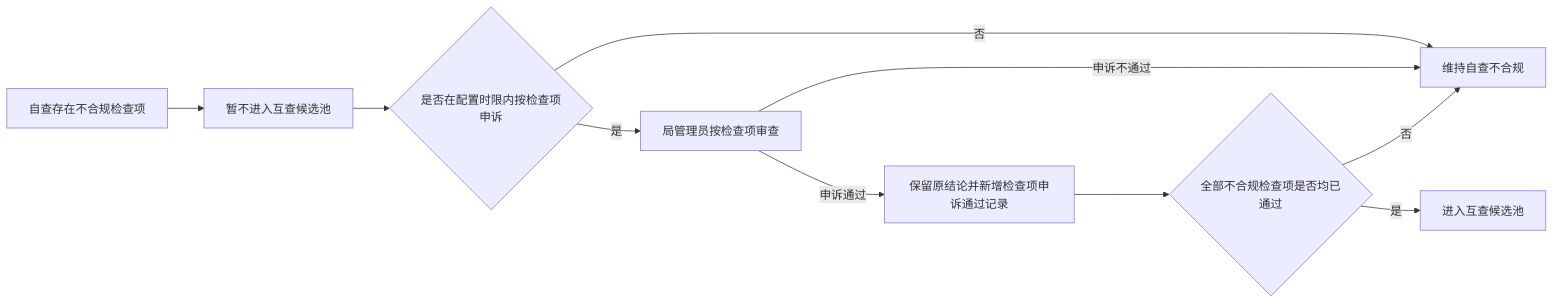
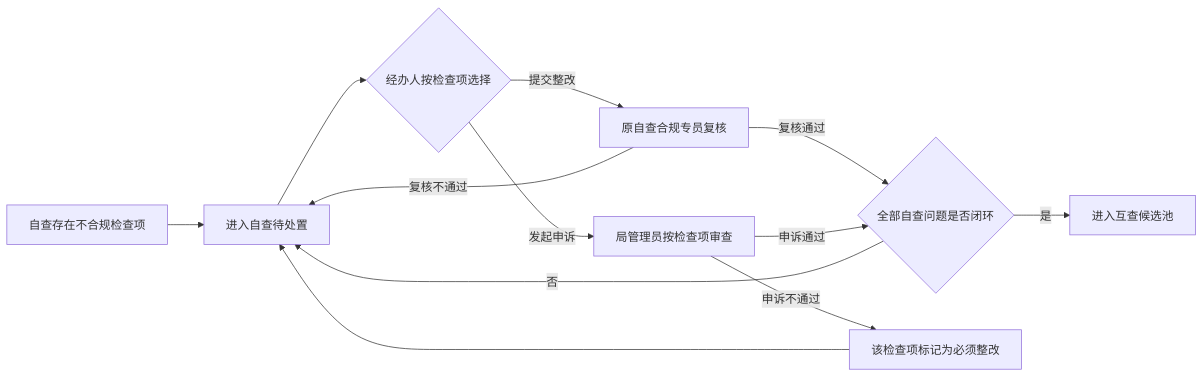
Before and after one commit to LRainD/LRainD.github.io: diagram 13 of 16 in axureMake/docs/四局一单一检/prd.md, drawn with Mermaid. The commit also changed other lines of this file and 25 other files, not shown here.

````diff
--- a/axureMake/docs/四局一单一检/prd.md
+++ b/axureMake/docs/四局一单一检/prd.md
@@ -740,12 +688,14 @@
 ```mermaid
 flowchart LR
-    A[自查存在不合规检查项] --> B[暂不进入互查候选池]
-    B --> C{是否在配置时限内按检查项申诉}
-    C -->|否| D[维持自查不合规]
-    C -->|是| E[局管理员按检查项审查]
-    E -->|申诉不通过| D
-    E -->|申诉通过| F[保留原结论并新增检查项申诉通过记录]
-    F --> G{全部不合规检查项是否均已通过}
-    G -->|是| H[进入互查候选池]
-    G -->|否| D
+    A[自查存在不合规检查项] --> B[进入自查待处置]
+    B --> C{经办人按检查项选择}
+    C -->|提交整改| D[原自查合规专员复核]
+    D -->|复核通过| E{全部自查问题是否闭环}
+    D -->|复核不通过| B
+    C -->|发起申诉| G[局管理员按检查项审查]
+    G -->|申诉通过| E
+    G -->|申诉不通过| R[该检查项标记为必须整改]
+    R --> B
+    E -->|否| B
+    E -->|是| I[进入互查候选池]
 ```
````
